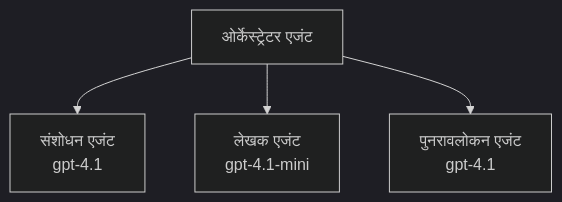
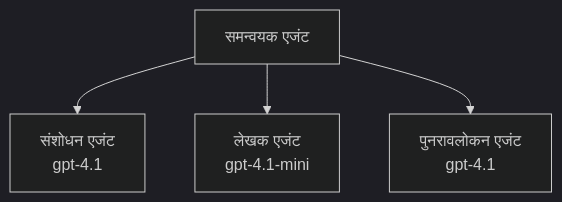
One commit to microsoft/AZD-for-beginners changed the third of 3 diagrams in translations/mr/docs/chapter-02-ai-development/agents.md. Above: the diagram before and after it, drawn with Mermaid (dark theme). The commit also changed other lines of this file and 101 other files, not shown here.

````diff
--- a/translations/mr/docs/chapter-02-ai-development/agents.md
+++ b/translations/mr/docs/chapter-02-ai-development/agents.md
@@ -189,6 +194,6 @@
 ```mermaid
 graph TD
-    Orchestrator[ओर्केस्ट्रेटर एजंट] --> Research[संशोधन एजंट<br/>gpt-4.1]
+    Orchestrator[समन्वयक एजंट] --> Research[संशोधन एजंट<br/>gpt-4.1]
     Orchestrator --> Writer[लेखक एजंट<br/>gpt-4.1-mini]
     Orchestrator --> Reviewer[पुनरावलोकन एजंट<br/>gpt-4.1]
 ```
````
